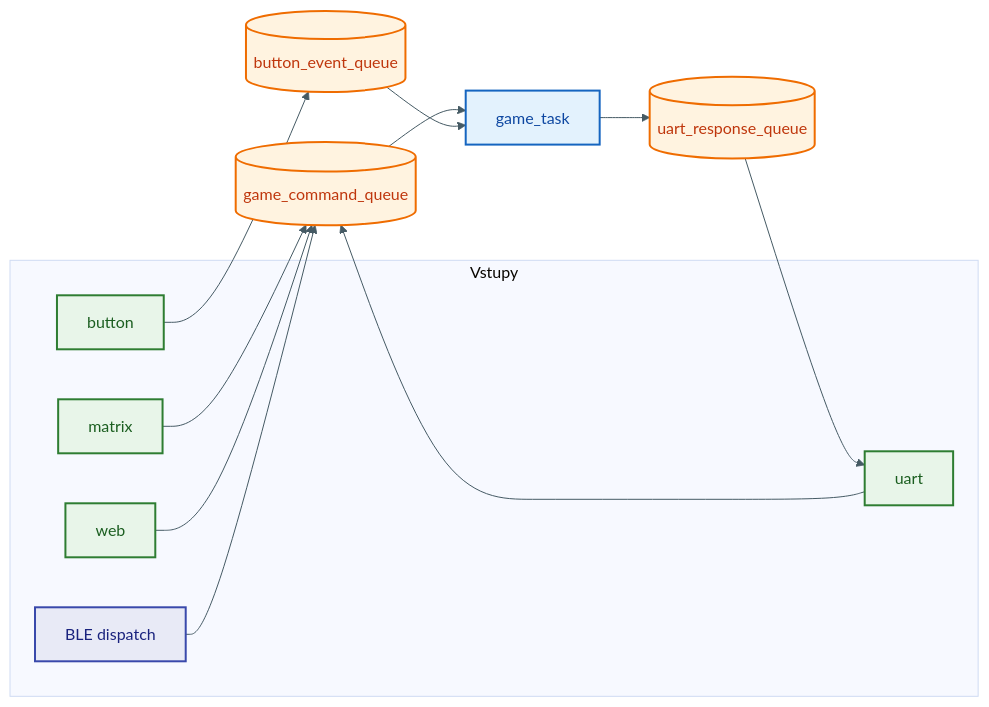
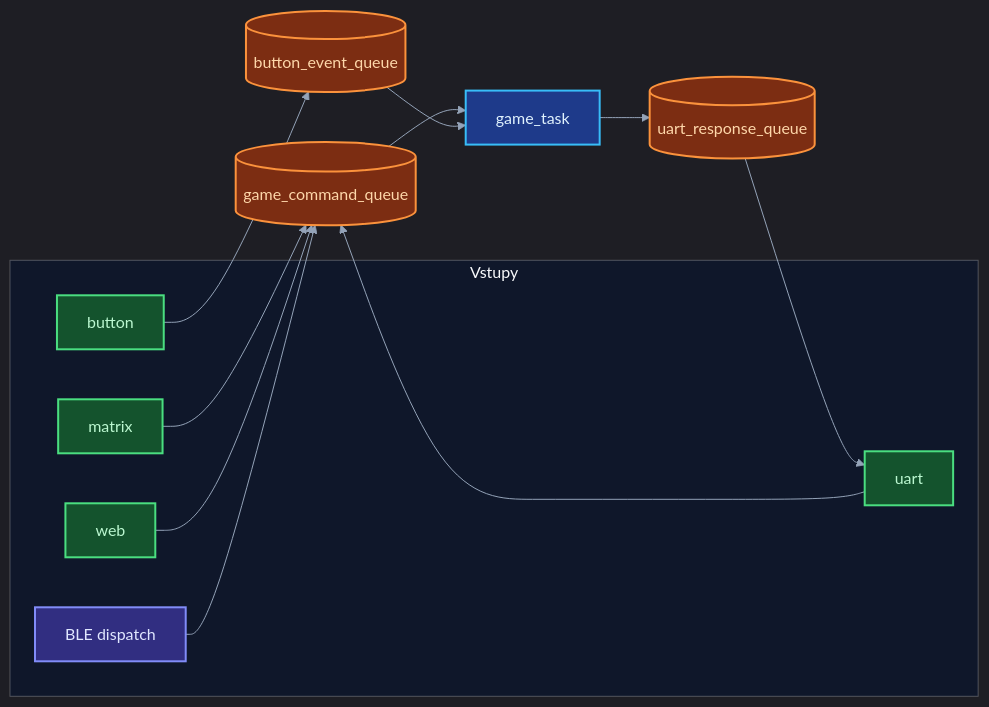
One commit to AlfredKrutina/chess_esp32_c6_devkit changed the diagram in README.md. Above: the diagram before and after it, drawn with Mermaid. The commit also changed other lines of this file and 97 other files, not shown here.

Commit message:
more diagrams

````diff
--- a/README.md
+++ b/README.md
@@ -141,27 +145,27 @@
 ```mermaid
-%%{init: {'theme':'base', 'themeVariables': {'lineColor':'#455a64'}}}%%
+%%{init: {'theme':'dark','themeVariables':{'clusterBkg':'#0f172a','lineColor':'#94a3b8','primaryTextColor':'#f1f5f9','titleColor':'#f8fafc'}}}%%
 flowchart LR
   subgraph IN["Vstupy"]
     MT[matrix]:::t
     BTN[button]:::t
     SER[uart]:::t
     WEB[web]:::t
     BLE[BLE dispatch]:::b
   end
   GQ[(game_command_queue)]:::q
   BQ[(button_event_queue)]:::q
   GT[game_task]:::g
   MT --> GQ
   SER --> GQ
   WEB --> GQ
   BLE --> GQ
   BTN --> BQ
   GQ --> GT
   BQ --> GT
   GT --> URQ[(uart_response_queue)]:::q --> SER
 
-  classDef t fill:#e8f5e9,stroke:#2e7d32,stroke-width:2px,color:#1b5e20
-  classDef b fill:#e8eaf6,stroke:#3949ab,stroke-width:2px,color:#1a237e
-  classDef q fill:#fff3e0,stroke:#ef6c00,stroke-width:2px,color:#bf360c
-  classDef g fill:#e3f2fd,stroke:#1565c0,stroke-width:2px,color:#0d47a1
+  classDef t fill:#14532d,stroke:#4ade80,stroke-width:2px,color:#bbf7d0
+  classDef b fill:#312e81,stroke:#818cf8,stroke-width:2px,color:#e0e7ff
+  classDef q fill:#7c2d12,stroke:#fb923c,stroke-width:2px,color:#fed7aa
+  classDef g fill:#1e3a8a,stroke:#38bdf8,stroke-width:2px,color:#e0f2fe
 ```
````
